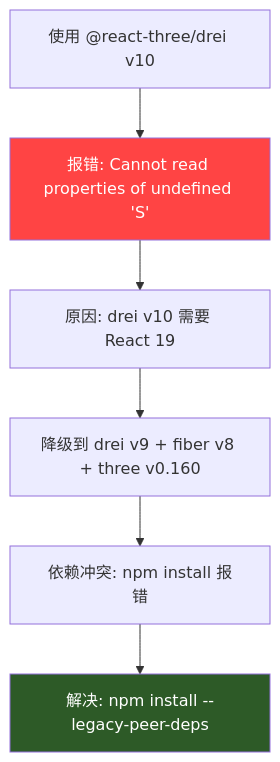
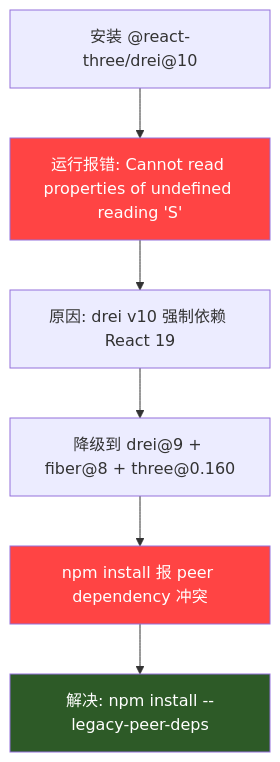
The fifth of 20 diagrams in PROJECT_GUIDE.md (Easter127/trae), drawn with Mermaid before and after one commit. The commit also changed other lines of this file, not shown here.

Commit message:
Update PROJECT_GUIDE: add all 12 pitfalls with real error messages and mermaid diagrams

````diff
--- a/PROJECT_GUIDE.md
+++ b/PROJECT_GUIDE.md
@@ -358,11 +355,12 @@
 ```mermaid
 graph TD
-    A[使用 @react-three/drei v10] --> B[报错: Cannot read properties of undefined 'S']
-    B --> C[原因: drei v10 需要 React 19]
-    C --> D[降级到 drei v9 + fiber v8 + three v0.160]
-    D --> E[依赖冲突: npm install 报错]
-    E --> F[解决: npm install --legacy-peer-deps]
+    A[安装 @react-three/drei@10] --> B["运行报错: Cannot read properties of undefined reading 'S'"]
+    B --> C[原因: drei v10 强制依赖 React 19]
+    C --> D[降级到 drei@9 + fiber@8 + three@0.160]
+    D --> E["npm install 报 peer dependency 冲突"]
+    E --> F["解决: npm install --legacy-peer-deps"]
     
     style B fill:#ff4444,color:#fff
+    style E fill:#ff4444,color:#fff
     style F fill:#2d5a27,color:#fff
 ```
````
